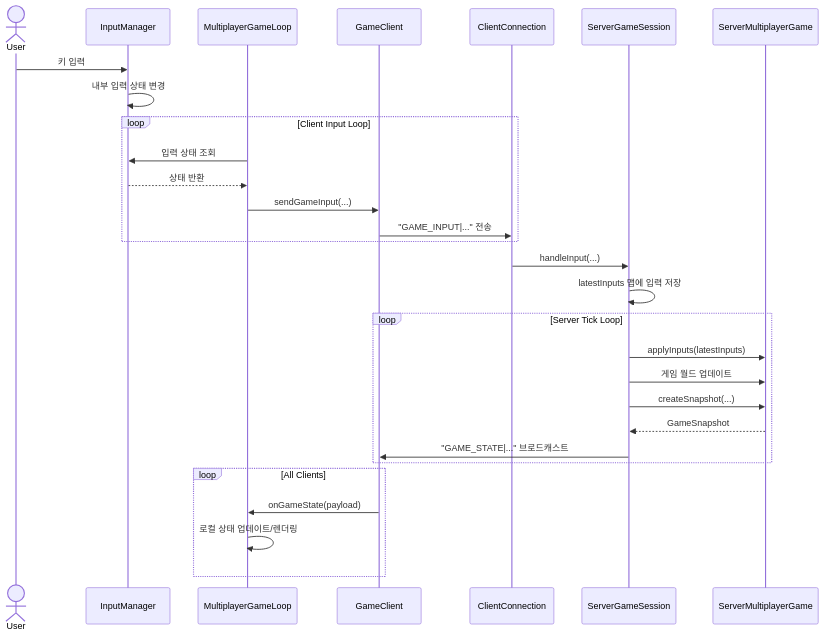
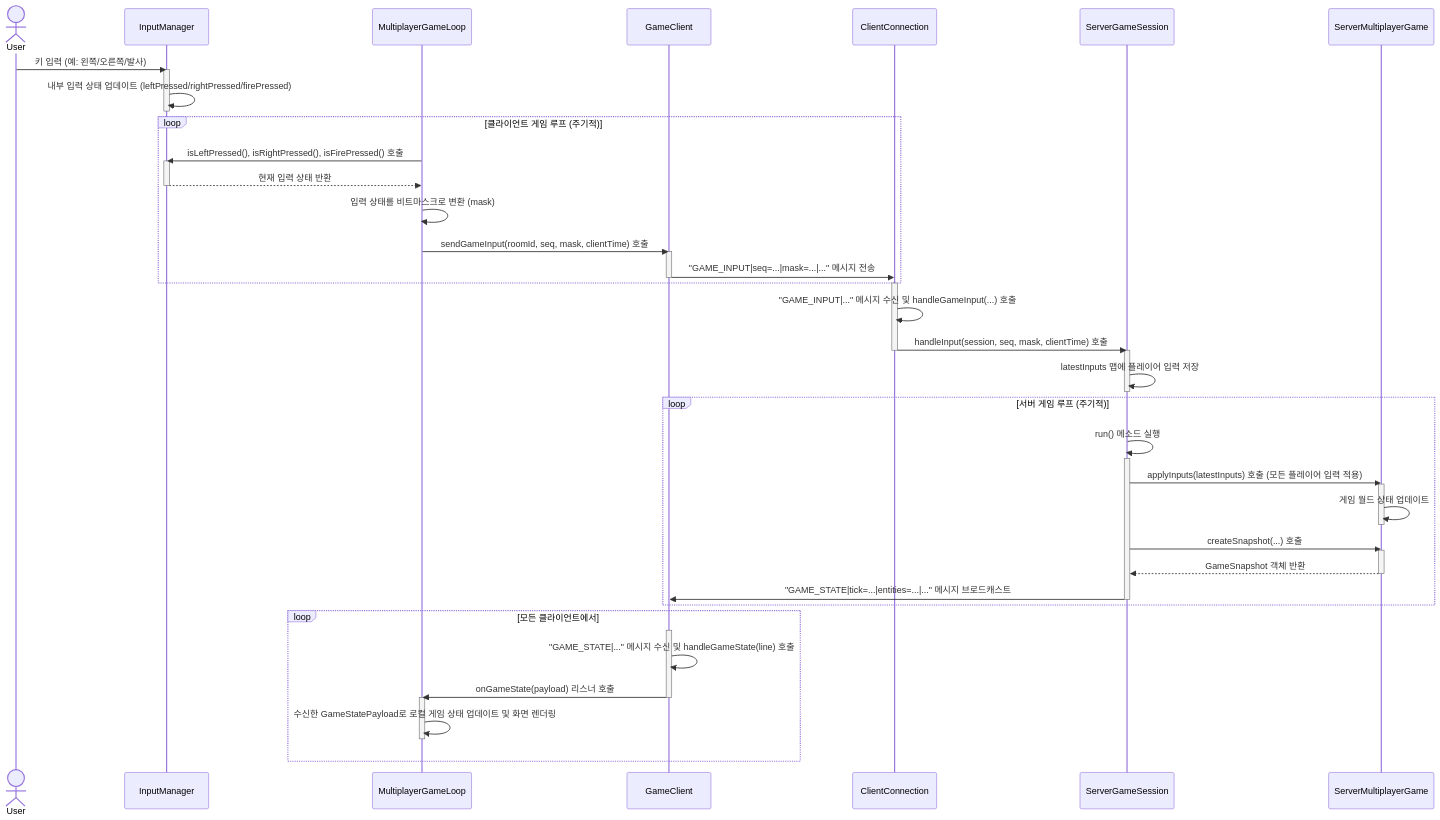
The diagram in docs/multiplayer_input_sync.md (Slaveplus/space_invaders), drawn with Mermaid before and after one commit.

Commit message:
docs: multiplay input sync sequence diagram

````diff
--- a/docs/multiplayer_input_sync.md
+++ b/docs/multiplayer_input_sync.md
@@ -1,36 +1,61 @@
 ```mermaid
 sequenceDiagram
     actor User
     participant IM as InputManager
     participant MGL as MultiplayerGameLoop
     participant GC as GameClient
     participant CC as ClientConnection
     participant SGS as ServerGameSession
     participant SMG as ServerMultiplayerGame
 
-    User->>IM: 키 입력
-    IM->>IM: 내부 입력 상태 변경
+    User->>IM: 키 입력 (예: 왼쪽/오른쪽/발사)
+    activate IM
+    IM->>IM: 내부 입력 상태 업데이트 (leftPressed/rightPressed/firePressed)
+    deactivate IM
 
-    loop Client Input Loop
-        MGL->>IM: 입력 상태 조회
-        IM-->>MGL: 상태 반환
-        MGL->>GC: sendGameInput(...)
-        GC->>CC: "GAME_INPUT|..." 전송
+    loop 클라이언트 게임 루프 (주기적)
+        MGL->>IM: isLeftPressed(), isRightPressed(), isFirePressed() 호출
+        activate IM
+        IM-->>MGL: 현재 입력 상태 반환
+        deactivate IM
+        MGL->>MGL: 입력 상태를 비트마스크로 변환 (mask)
+        MGL->>GC: sendGameInput(roomId, seq, mask, clientTime) 호출
+        activate GC
+        GC->>CC: "GAME_INPUT|seq=...|mask=...|..." 메시지 전송
+        deactivate GC
     end
 
-    CC->>SGS: handleInput(...)
-    SGS->>SGS: latestInputs 맵에 입력 저장
+    activate CC
+    CC->>CC: "GAME_INPUT|..." 메시지 수신 및 handleGameInput(...) 호출
+    CC->>SGS: handleInput(session, seq, mask, clientTime) 호출
+    deactivate CC
 
-    loop Server Tick Loop
-        SGS->>SMG: applyInputs(latestInputs)
-        SGS->>SMG: 게임 월드 업데이트
-        SGS->>SMG: createSnapshot(...)
-        SMG-->>SGS: GameSnapshot
-        SGS->>GC: "GAME_STATE|..." 브로드캐스트
+    activate SGS
+    SGS->>SGS: latestInputs 맵에 플레이어 입력 저장
+    deactivate SGS
+
+    loop 서버 게임 루프 (주기적)
+        SGS->>SGS: run() 메소드 실행
+        activate SGS
+        SGS->>SMG: applyInputs(latestInputs) 호출 (모든 플레이어 입력 적용)
+        activate SMG
+        SMG->>SMG: 게임 월드 상태 업데이트
+        deactivate SMG
+        SGS->>SMG: createSnapshot(...) 호출
+        activate SMG
+        SMG-->>SGS: GameSnapshot 객체 반환
+        deactivate SMG
+        SGS->>GC: "GAME_STATE|tick=...|entities=...|..." 메시지 브로드캐스트
+        deactivate SGS
     end
 
-    loop All Clients
-        GC->>MGL: onGameState(payload)
-        MGL->>MGL: 로컬 상태 업데이트/렌더링
+    loop 모든 클라이언트에서
+        activate GC
+        GC->>GC: "GAME_STATE|..." 메시지 수신 및 handleGameState(line) 호출
+        GC->>MGL: onGameState(payload) 리스너 호출
+        deactivate GC
+        activate MGL
+        MGL->>MGL: 수신한 GameStatePayload로 로컬 게임 상태 업데이트 및 화면 렌더링
+        deactivate MGL
     end
 ```
````
